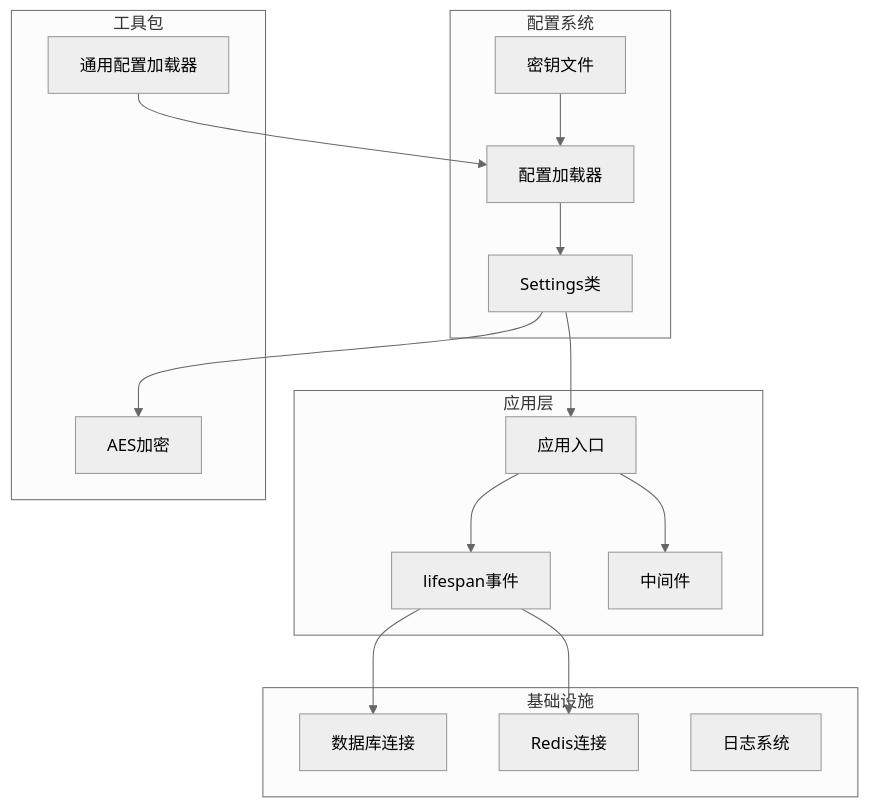
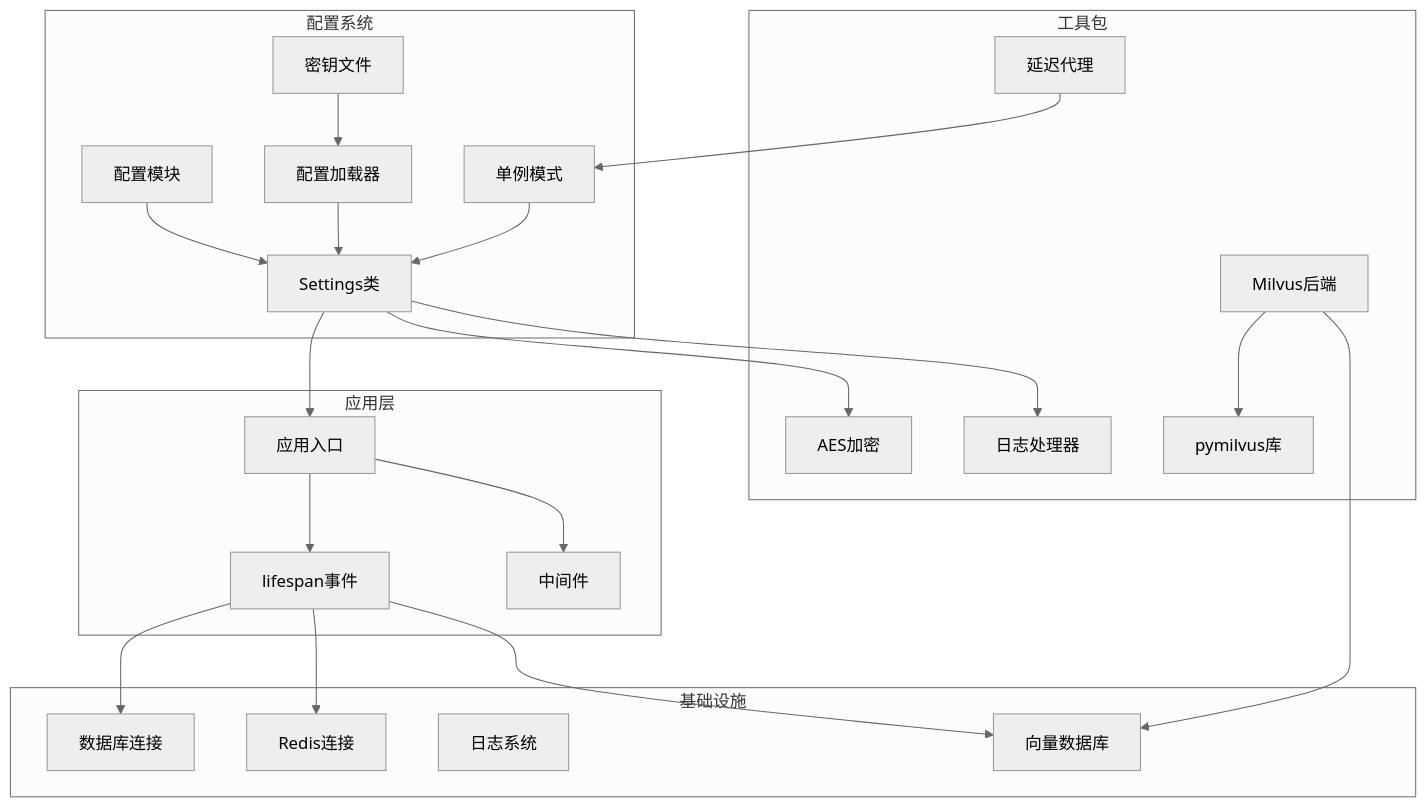
The eighth of 8 diagrams in .qoder/repowiki/zh/content/基础设施工具/配置系统.md (lilinzezzzzzz/fastapi-backend), drawn with Mermaid (neutral theme) before and after one commit. The commit also changed other lines of this file and 42 other files, not shown here.

````diff
--- a/.qoder/repowiki/zh/content/基础设施工具/配置系统.md
+++ b/.qoder/repowiki/zh/content/基础设施工具/配置系统.md
@@ -263,31 +391,43 @@
 ```mermaid
 graph TB
 subgraph "配置系统"
 Settings[Settings类]
+Config[配置模块]
+Singleton[单例模式]
 Loader[配置加载器]
 Secrets[密钥文件]
 end
 subgraph "应用层"
 App[应用入口]
 Lifespan[lifespan事件]
 Middlewares[中间件]
 end
 subgraph "基础设施"
 Database[数据库连接]
 Redis[Redis连接]
 Logger[日志系统]
+Milvus[向量数据库]
 end
 subgraph "工具包"
 AES[AES加密]
-Toolkit[通用配置加载器]
+Toolkit[延迟代理]
+LoggerHandler[日志处理器]
+MilvusBackend[Milvus后端]
+Pymilvus[pymilvus库]
 end
 Settings --> App
+Config --> Settings
+Singleton --> Settings
 Loader --> Settings
 Secrets --> Loader
 App --> Lifespan
 Lifespan --> Database
 Lifespan --> Redis
+Lifespan --> Milvus
 App --> Middlewares
 Settings --> AES
-Toolkit --> Loader
+Settings --> LoggerHandler
+Toolkit --> Singleton
+MilvusBackend --> Pymilvus
+MilvusBackend --> Milvus
 ```
````
